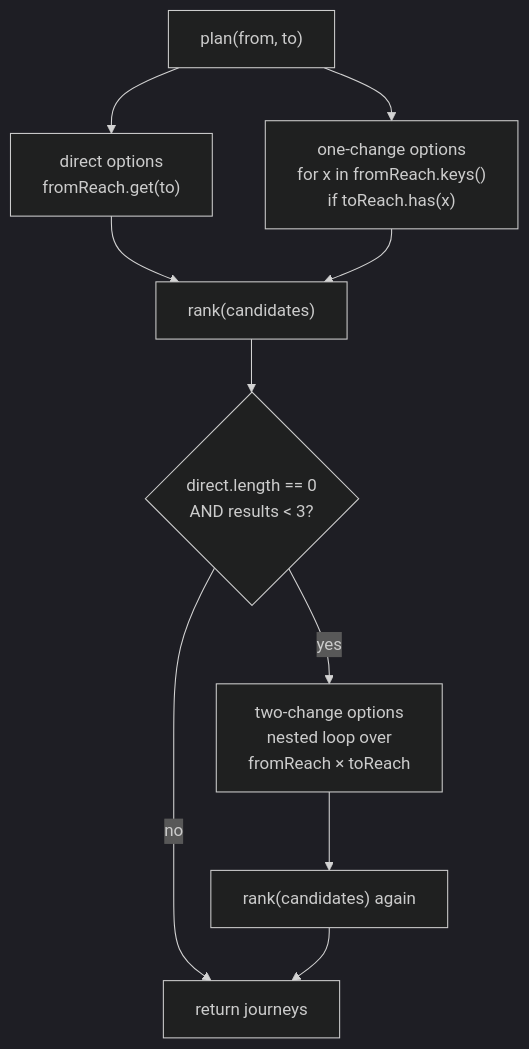
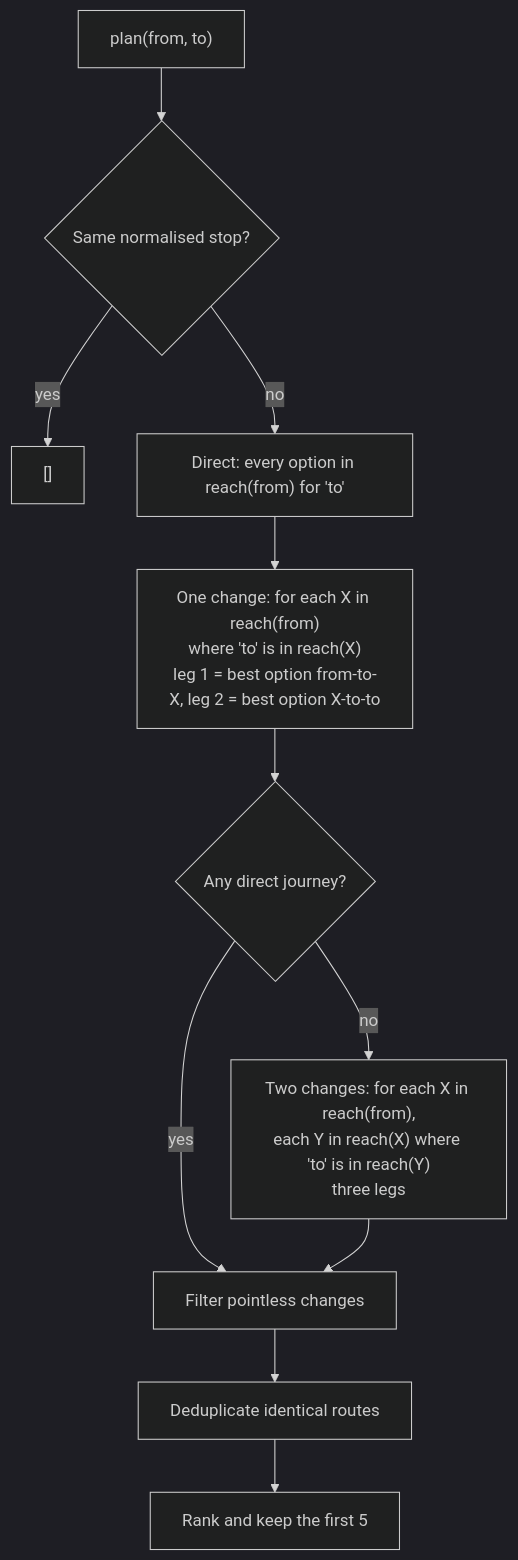
The second of 3 diagrams in docs/planner.md (adityagupta000/Kudla_Routes), drawn with Mermaid (dark theme) before and after one commit. The commit also changed other lines of this file, not shown here.

Commit message:
docs(planner): clarify reach() cache, scoring formula, and exported API surface

````diff
--- a/docs/planner.md
+++ b/docs/planner.md
@@ -86,12 +59,13 @@
 ```mermaid
 flowchart TD
-    START["plan(from, to)"] --> DIRECT["direct options<br/>fromReach.get(to)"]
-    START --> ONE["one-change options<br/>for x in fromReach.keys()<br/>if toReach.has(x)"]
-    DIRECT --> RANK["rank(candidates)"]
-    ONE --> RANK
-    RANK --> CHECK{"direct.length == 0<br/>AND results < 3?"}
-    CHECK -->|yes| TWO["two-change options<br/>nested loop over<br/>fromReach × toReach"]
-    TWO --> RANK2["rank(candidates) again"]
-    CHECK -->|no| DONE["return journeys"]
-    RANK2 --> DONE
+    P["plan(from, to)"] --> SAME{"Same normalised stop?"}
+    SAME -->|"yes"| NONE["[]"]
+    SAME -->|"no"| D["Direct: every option in reach(from) for 'to'"]
+    D --> O["One change: for each X in reach(from)<br/>where 'to' is in reach(X)<br/>leg 1 = best option from-to-X, leg 2 = best option X-to-to"]
+    O --> ANY{"Any direct journey?"}
+    ANY -->|"no"| T["Two changes: for each X in reach(from),<br/>each Y in reach(X) where 'to' is in reach(Y)<br/>three legs"]
+    ANY -->|"yes"| F
+    T --> F["Filter pointless changes"]
+    F --> DD["Deduplicate identical routes"]
+    DD --> RK["Rank and keep the first 5"]
 ```
````
